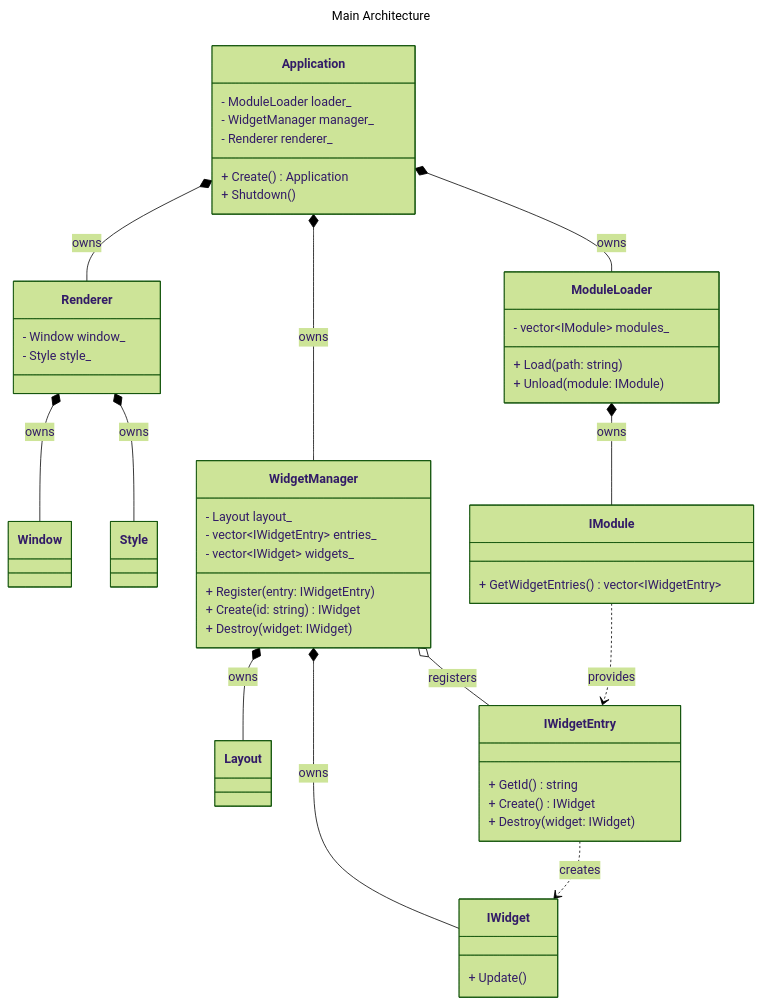
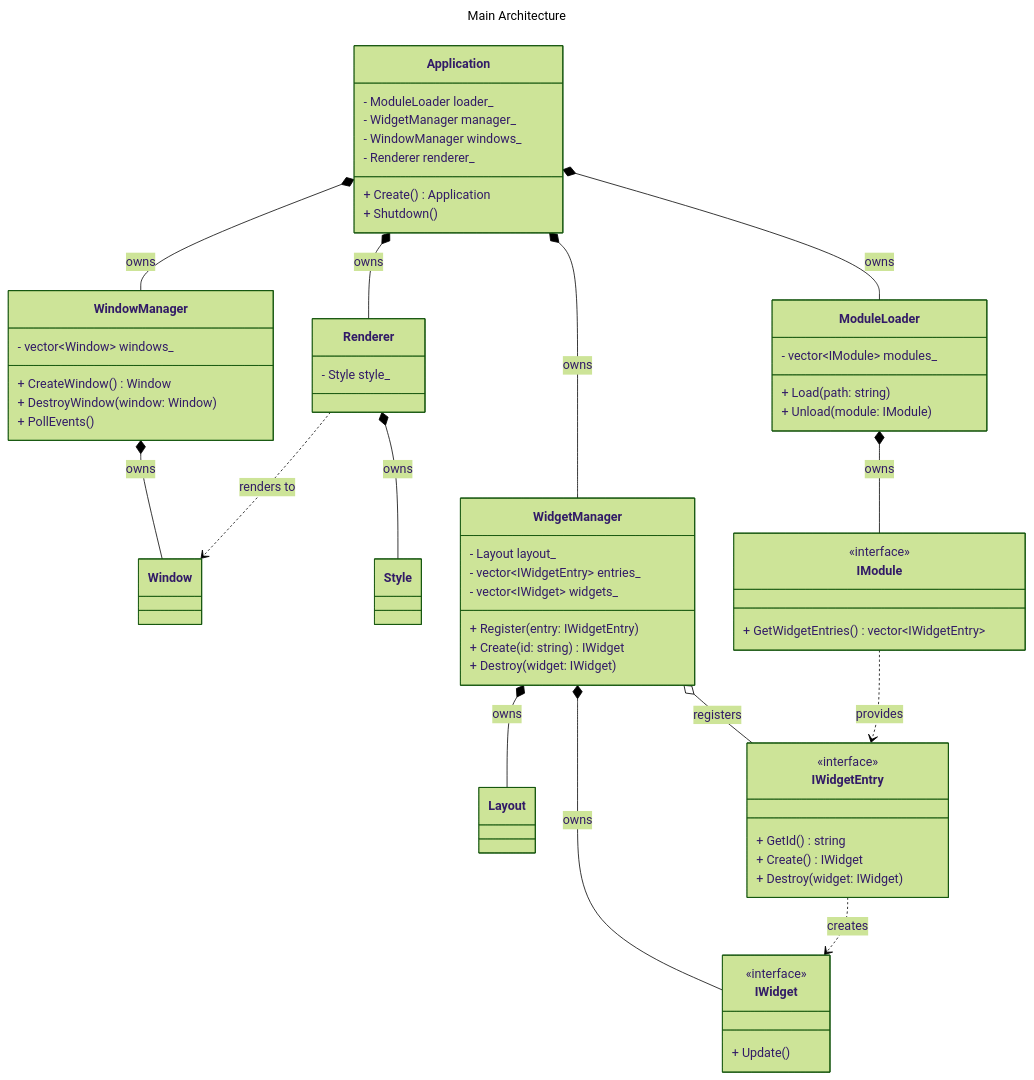
Before and after one commit to Arc-Asumity/broise: the diagram in docs/UML.md, drawn with Mermaid (forest theme).

Commit message:
docs(UML): update the UML
refactor the structure of UI

```diff
--- a/docs/UML.md
+++ b/docs/UML.md
@@ -3,59 +3,74 @@
 title: Main Architecture
 ---
 classDiagram
+
 class Application {
-    - ModuleLoader loader_
-    - WidgetManager manager_
-    - Renderer renderer_
-    + Create() Application
-    + Shutdown()
+- ModuleLoader loader_
+- WidgetManager manager_
+- WindowManager windows_
+- Renderer renderer_
++ Create() Application
++ Shutdown()
 }
 
 class Renderer {
-    - Window window_
-    - Style style_
+- Style style_
+}
+
+class WindowManager {
+- vector~Window~ windows_
++ CreateWindow() Window
++ DestroyWindow(window: Window)
++ PollEvents()
 }
 
 class Window
+
 class Style
 
 class ModuleLoader {
-    - vector~IModule~ modules_
-    + Load(path: string)
-    + Unload(module: IModule)
+- vector~IModule~ modules_
++ Load(path: string)
++ Unload(module: IModule)
 }
 
 class WidgetManager {
-    - Layout layout_
-    - vector~IWidgetEntry~ entries_
-    - vector~IWidget~ widgets_
-    + Register(entry: IWidgetEntry)
-    + Create(id: string) IWidget
-    + Destroy(widget: IWidget)
+- Layout layout_
+- vector~IWidgetEntry~ entries_
+- vector~IWidget~ widgets_
++ Register(entry: IWidgetEntry)
++ Create(id: string) IWidget
++ Destroy(widget: IWidget)
 }
 
 class Layout
 
 class IModule {
-    + GetWidgetEntries() vector~IWidgetEntry~
+<<interface>>
++ GetWidgetEntries() vector~IWidgetEntry~
 }
 
 class IWidgetEntry {
-    + GetId() string
-    + Create() IWidget
-    + Destroy(widget: IWidget)
+<<interface>>
++ GetId() string
++ Create() IWidget
++ Destroy(widget: IWidget)
 }
 
 class IWidget {
-    + Update()
+<<interface>>
++ Update()
 }
 
 Application *-- ModuleLoader : owns
 Application *-- WidgetManager : owns
+Application *-- WindowManager : owns
 Application *-- Renderer : owns
 
-Renderer *-- Window : owns
+WindowManager *-- Window : owns
+
 Renderer *-- Style : owns
+Renderer ..> Window : renders to
 
 WidgetManager *-- Layout : owns
 WidgetManager o-- IWidgetEntry : registers
```
